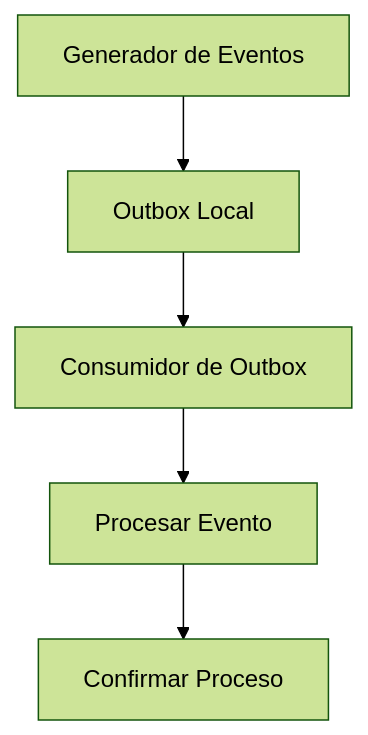
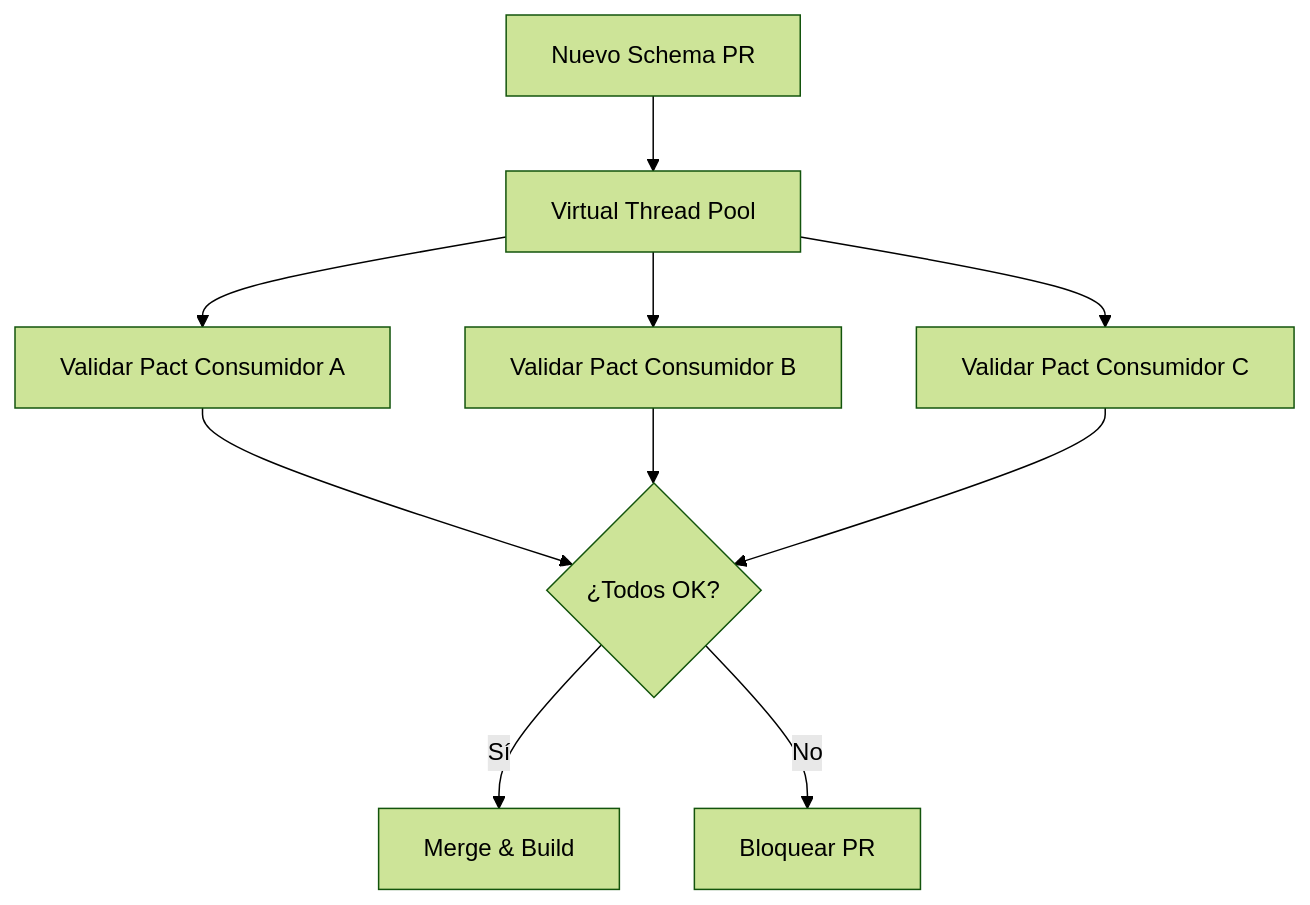
The sixth of 7 diagrams in _Review/compatibilidad_evolutiva_entre_microservicios/compatibilidad_evolutiva_entre_microservicios.md (Joaquinriosheredia/DAM-Java-Mastery), drawn with Mermaid (forest theme) before and after one commit. The commit also changed other lines of this file, not shown here.

````diff
--- a/_Review/compatibilidad_evolutiva_entre_microservicios/compatibilidad_evolutiva_entre_microservicios.md
+++ b/_Review/compatibilidad_evolutiva_entre_microservicios/compatibilidad_evolutiva_entre_microservicios.md
@@ -806,7 +413,10 @@
 ```mermaid
 graph TD
-  A[Generador de Eventos] --> B[Outbox Local]
-  B --> C[Consumidor de Outbox]
-  C --> D[Procesar Evento]
-  D --> E[Confirmar Proceso]
+    PR[Nuevo Schema PR] --> VT[Virtual Thread Pool]
+    VT --> P1[Validar Pact Consumidor A]
+    VT --> P2[Validar Pact Consumidor B]
+    VT --> P3[Validar Pact Consumidor C]
+    P1 & P2 & P3 --> ALL{¿Todos OK?}
+    ALL -->|Sí| MERGE[Merge & Build]
+    ALL -->|No| BLOCK[Bloquear PR]
 ```
````
